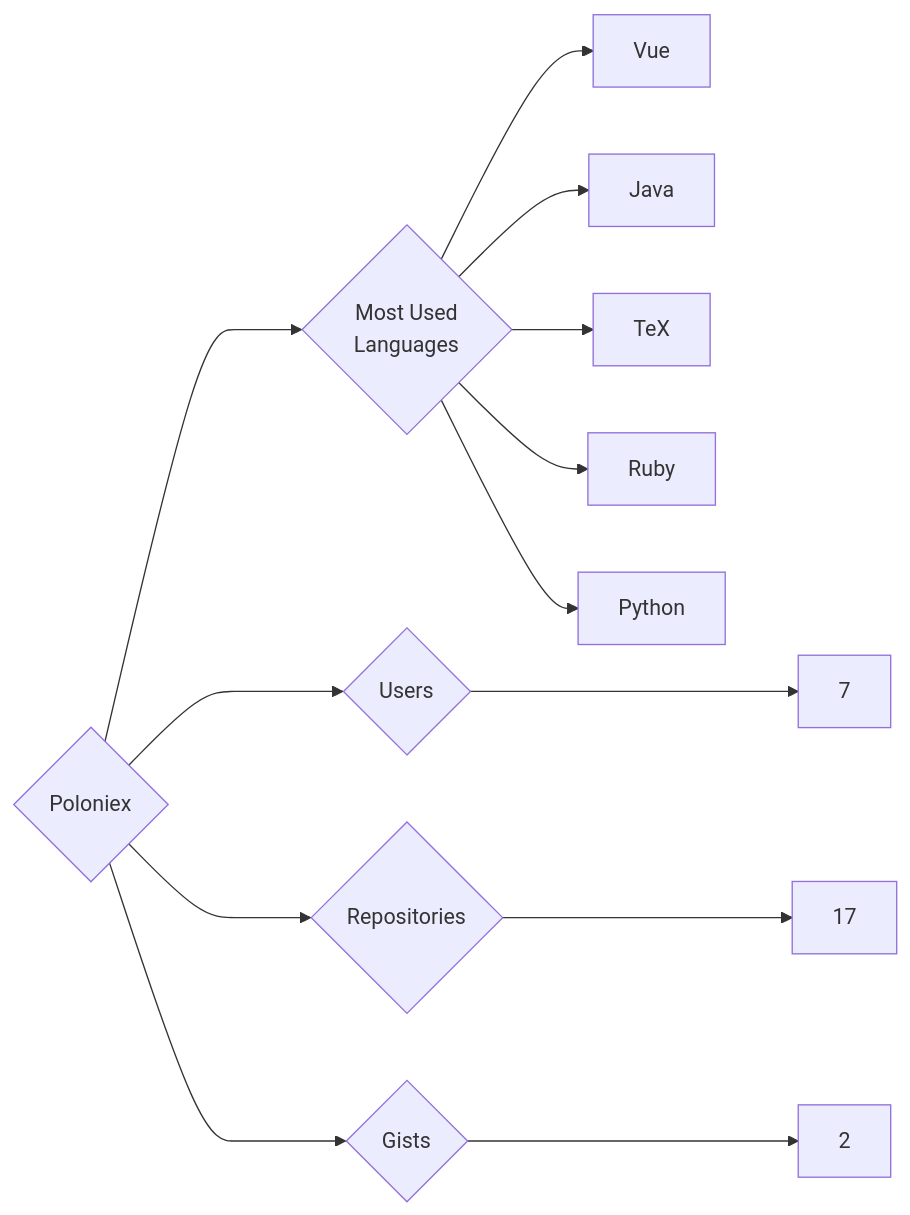
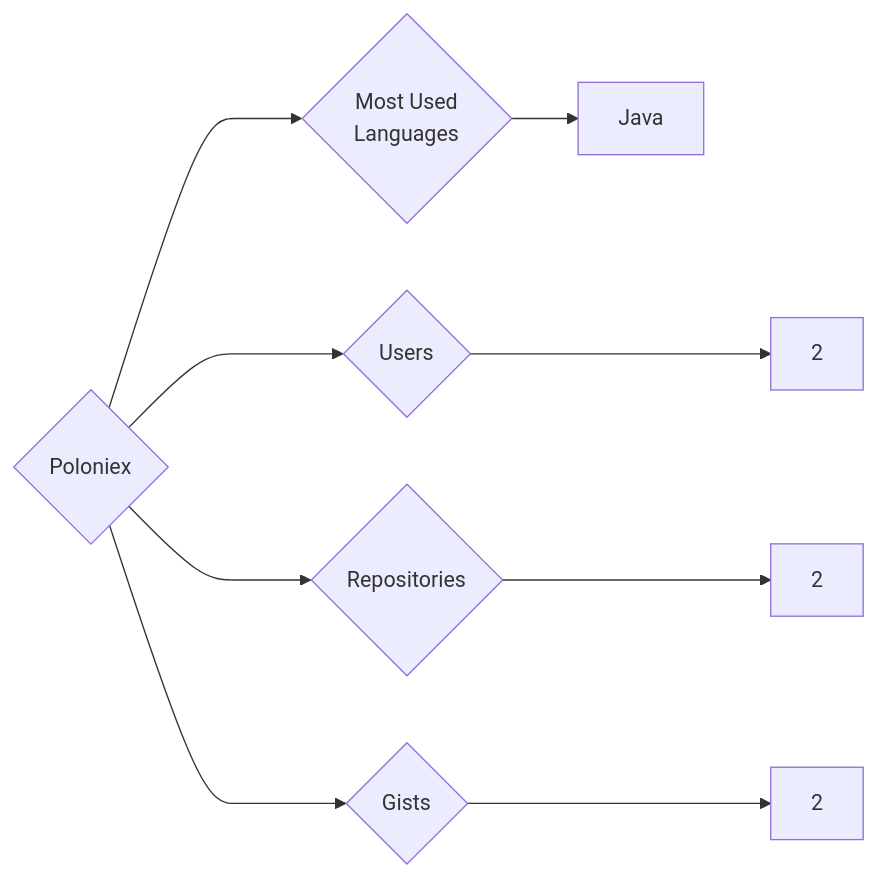
One commit to trickest/insiders changed the diagram in targets/Poloniex/README.md. Above: the diagram before and after it, drawn with Mermaid. The commit also changed 1389 other files, not shown here.

````diff
--- a/targets/Poloniex/README.md
+++ b/targets/Poloniex/README.md
@@ -3,13 +3,9 @@
 ```mermaid
 graph LR
 COMPANY_NAME{Poloniex}
-COMPANY_NAME ---> U{Users} ---> UN[7]
-COMPANY_NAME ---> R{Repositories} ---> RN[17]
+COMPANY_NAME ---> U{Users} ---> UN[2]
+COMPANY_NAME ---> R{Repositories} ---> RN[2]
 COMPANY_NAME ---> G{Gists} ---> GN[2]
 COMPANY_NAME ---> ML{Most Used<br>Languages}
-ML --> Vue[Vue]
 ML --> Java[Java]
-ML --> TeX[TeX]
-ML --> Ruby[Ruby]
-ML --> Python[Python]
 ```
````
